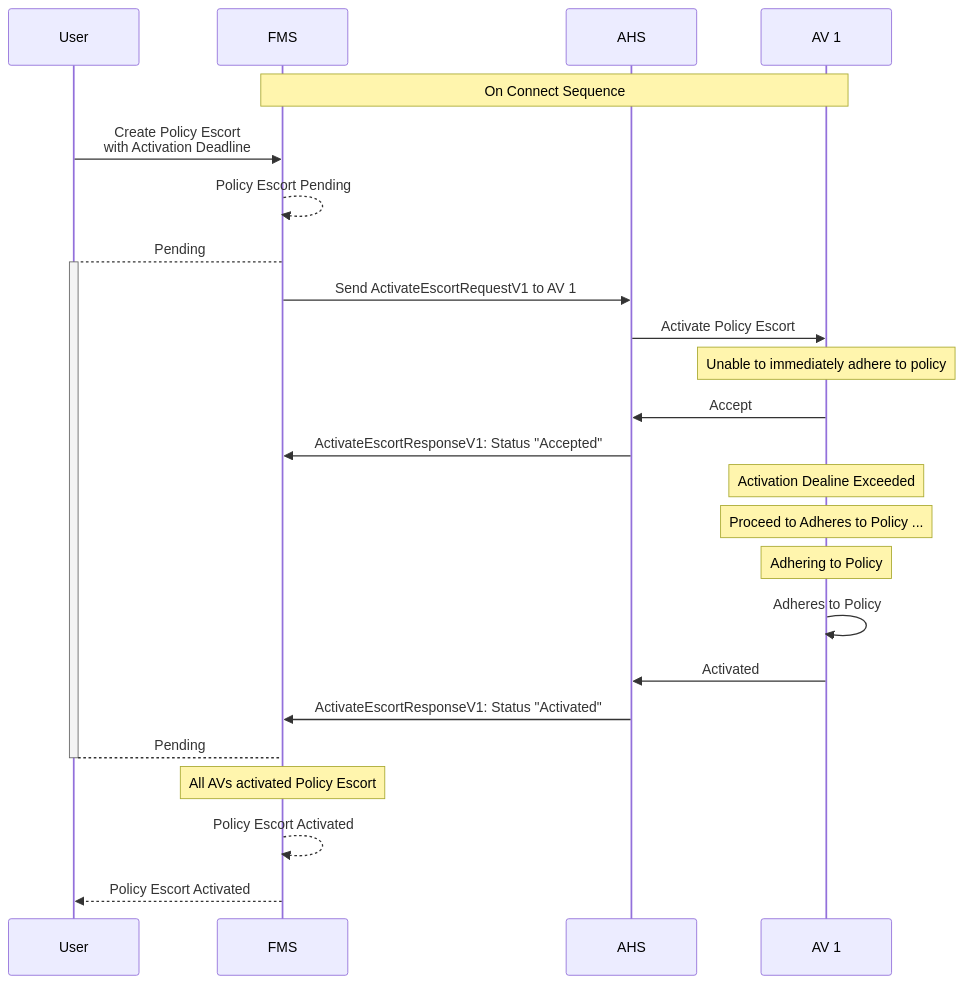
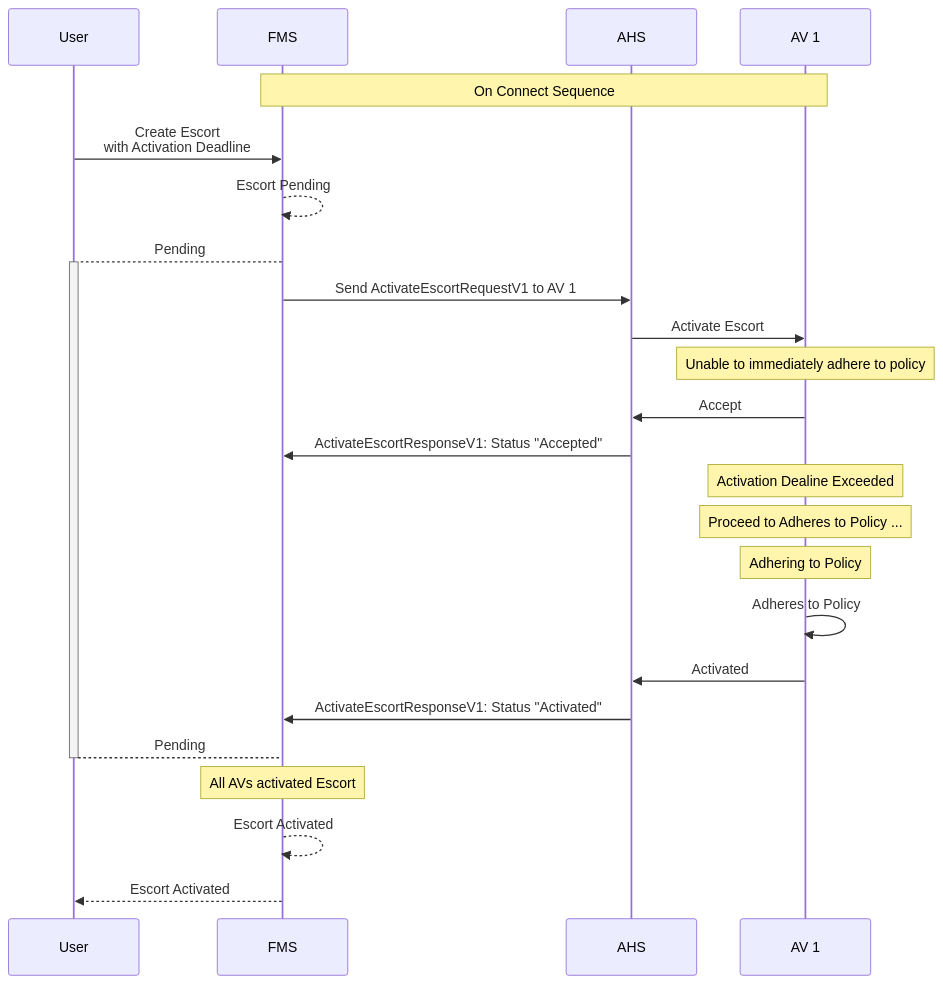
One commit to open-autonomy/escort changed the second of 3 diagrams in diagram/PolicyEscortActivation.md. Above: the diagram before and after it, drawn with Mermaid. The commit also changed other lines of this file and 16 other files, not shown here.

Commit message:
Remove "policy" from escort terminology throughout repository

````diff
--- a/diagram/PolicyEscortActivation.md
+++ b/diagram/PolicyEscortActivation.md
@@ -58,30 +58,30 @@
 ```mermaid
 sequenceDiagram
     participant User
     participant FMS
     participant AHS
     participant AV 1
 
     Note over FMS,AV 1: On Connect Sequence
-    User->>FMS: Create Policy Escort <br/> with Activation Deadline
-    FMS-->>FMS: Policy Escort Pending
+    User->>FMS: Create Escort <br/> with Activation Deadline
+    FMS-->>FMS: Escort Pending
     FMS-->+User: Pending
     FMS->>AHS: Send ActivateEscortRequestV1 to AV 1
-    AHS->>AV 1: Activate Policy Escort
+    AHS->>AV 1: Activate Escort
 
     Note Over AV 1: Unable to immediately adhere to policy
     AV 1->>AHS: Accept
     AHS->>FMS: ActivateEscortResponseV1: Status "Accepted"
 
     Note Over AV 1: Activation Dealine Exceeded
     Note Over AV 1: Proceed to Adheres to Policy ...
     Note Over AV 1: Adhering to Policy
     AV 1->>AV 1: Adheres to Policy
     AV 1->>AHS: Activated
 
     AHS->>FMS: ActivateEscortResponseV1: Status "Activated"
     User-->-FMS: Pending
-    Note Over FMS: All AVs activated Policy Escort
-    FMS-->>FMS: Policy Escort Activated
-    FMS-->>User: Policy Escort Activated
+    Note Over FMS: All AVs activated Escort
+    FMS-->>FMS: Escort Activated
+    FMS-->>User: Escort Activated
 ```
````
